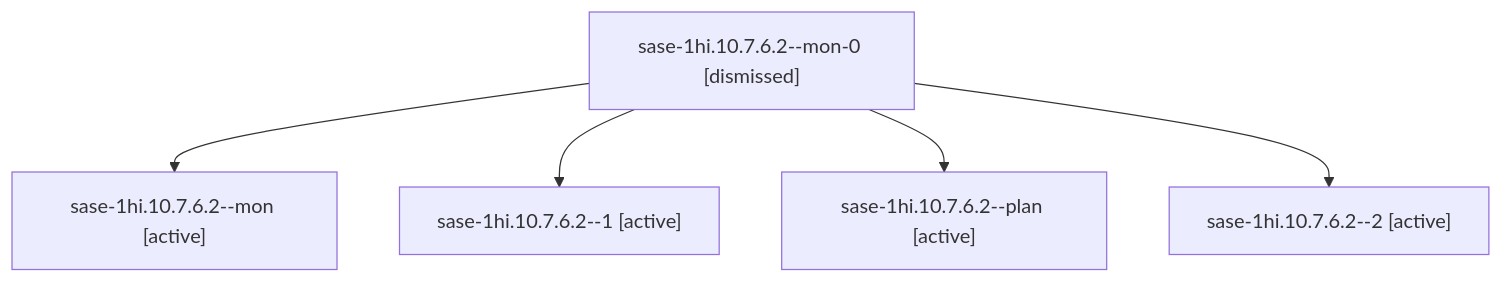
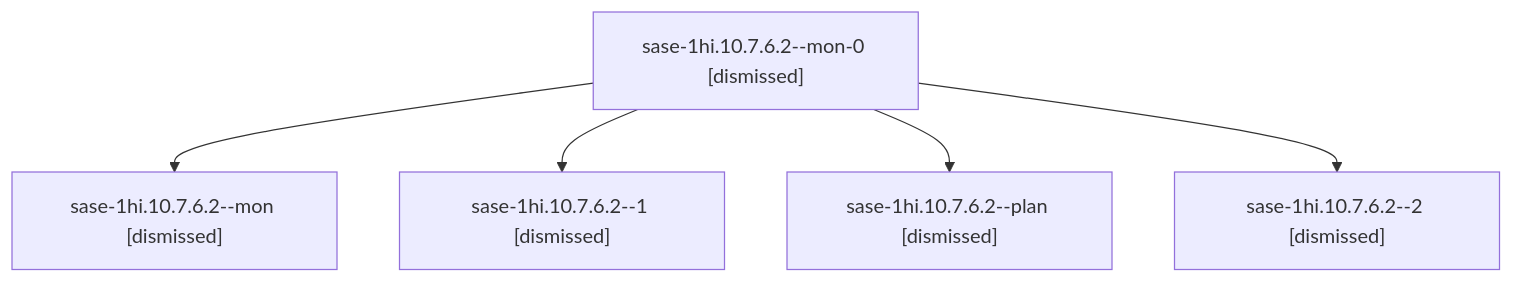
One commit to sase-org/sase--agents changed the diagram in sessions/bbugyi200.apollo.sase-1hi.10.7.6.2.md. Above: the diagram before and after it, drawn with Mermaid. The commit also changed other lines of this file and 231 other files, not shown here.

````diff
--- a/sessions/bbugyi200.apollo.sase-1hi.10.7.6.2.md
+++ b/sessions/bbugyi200.apollo.sase-1hi.10.7.6.2.md
@@ -9,12 +9,12 @@
 ```mermaid
 flowchart TD
   n0["sase-1hi.10.7.6.2--mon-0 [dismissed]"]
-  n1["sase-1hi.10.7.6.2--mon [active]"]
+  n1["sase-1hi.10.7.6.2--mon [dismissed]"]
   n0 --> n1
-  n2["sase-1hi.10.7.6.2--1 [active]"]
+  n2["sase-1hi.10.7.6.2--1 [dismissed]"]
   n0 --> n2
-  n3["sase-1hi.10.7.6.2--plan [active]"]
+  n3["sase-1hi.10.7.6.2--plan [dismissed]"]
   n0 --> n3
-  n4["sase-1hi.10.7.6.2--2 [active]"]
+  n4["sase-1hi.10.7.6.2--2 [dismissed]"]
   n0 --> n4
 ```
````
